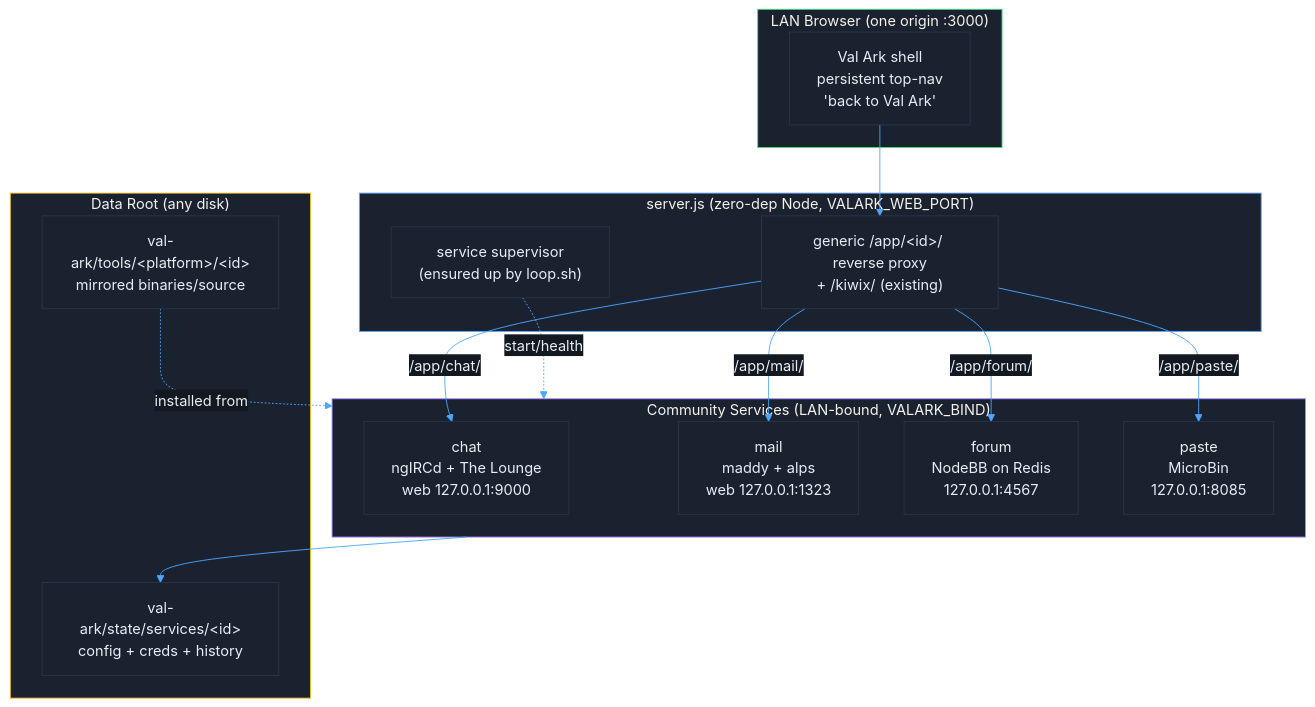
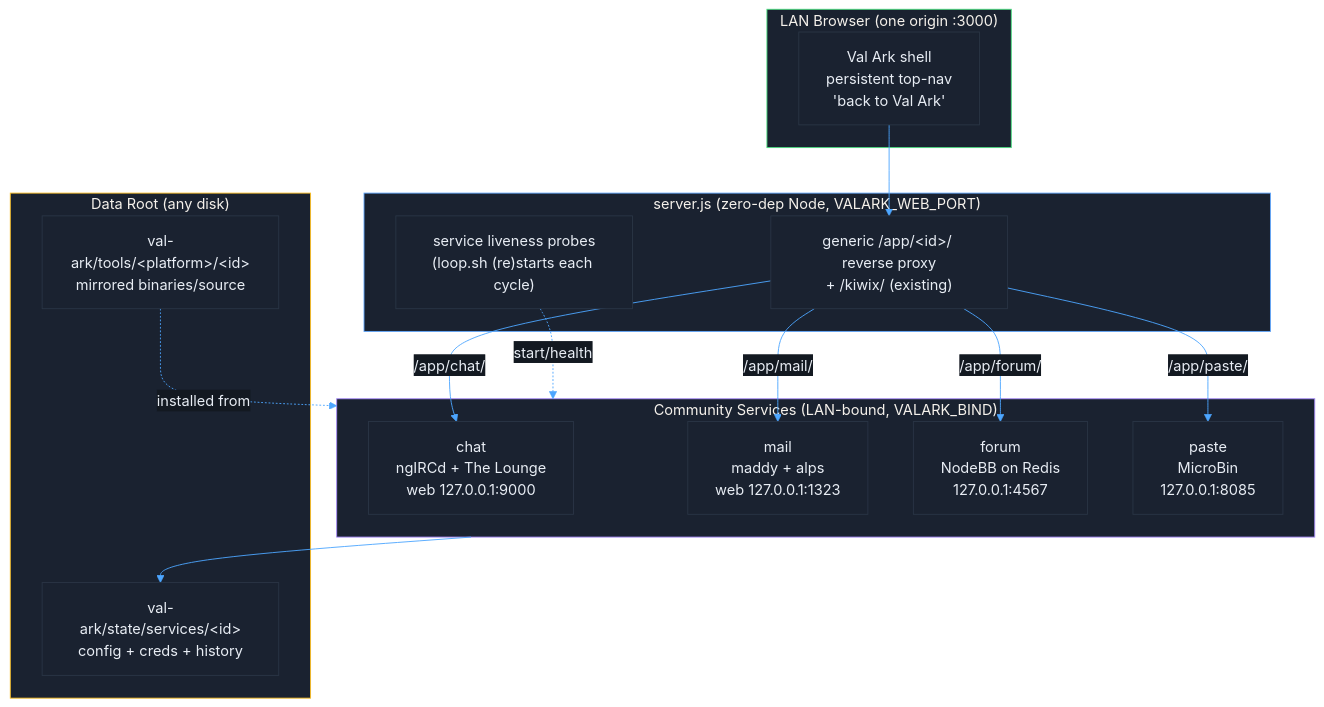
The diagram in docs/COMMUNITY.md (mvalancy/val-ark), drawn with Mermaid before and after one commit. The commit also changed other lines of this file and 12 other files, not shown here.

````diff
--- a/docs/COMMUNITY.md
+++ b/docs/COMMUNITY.md
@@ -40,44 +41,44 @@
 ```mermaid
 %%{init: {'theme': 'base', 'themeVariables': {
   'primaryColor': '#1a2230',
   'primaryBorderColor': '#2a3545',
   'primaryTextColor': '#e8edf4',
   'lineColor': '#4da6ff',
   'secondaryColor': '#131921',
   'tertiaryColor': '#0a0e14'
 }}}%%
 graph TB
     subgraph Browser["LAN Browser (one origin :3000)"]
         style Browser fill:#1a2230,stroke:#4ade80
         SHELL["Val Ark shell<br/>persistent top-nav<br/>'back to Val Ark'"]
     end
 
     subgraph WebServer["server.js (zero-dep Node, VALARK_WEB_PORT)"]
         style WebServer fill:#1a2230,stroke:#60a5fa
         PROXY["generic /app/&lt;id&gt;/ reverse proxy<br/>+ /kiwix/ (existing)"]
-        SUP["service supervisor<br/>(ensured up by loop.sh)"]
+        SUP["service liveness probes<br/>(loop.sh (re)starts each cycle)"]
     end
 
     subgraph Services["Community Services (LAN-bound, VALARK_BIND)"]
         style Services fill:#1a2230,stroke:#a78bfa
         CHAT["chat<br/>ngIRCd + The Lounge<br/>web 127.0.0.1:9000"]
         MAIL["mail<br/>maddy + alps<br/>web 127.0.0.1:1323"]
         FORUM["forum<br/>NodeBB on Redis<br/>127.0.0.1:4567"]
         PASTE["paste<br/>MicroBin<br/>127.0.0.1:8085"]
     end
 
     subgraph Storage["Data Root (any disk)"]
         style Storage fill:#1a2230,stroke:#fbbf24
         STATE["val-ark/state/services/&lt;id&gt;<br/>config + creds + history"]
         TOOLS["val-ark/tools/&lt;platform&gt;/&lt;id&gt;<br/>mirrored binaries/source"]
     end
 
     SHELL --> PROXY
     PROXY -->|/app/chat/| CHAT
     PROXY -->|/app/mail/| MAIL
     PROXY -->|/app/forum/| FORUM
     PROXY -->|/app/paste/| PASTE
     SUP -.->|start/health| Services
     Services --> STATE
     TOOLS -.->|installed from| Services
 ```
````
